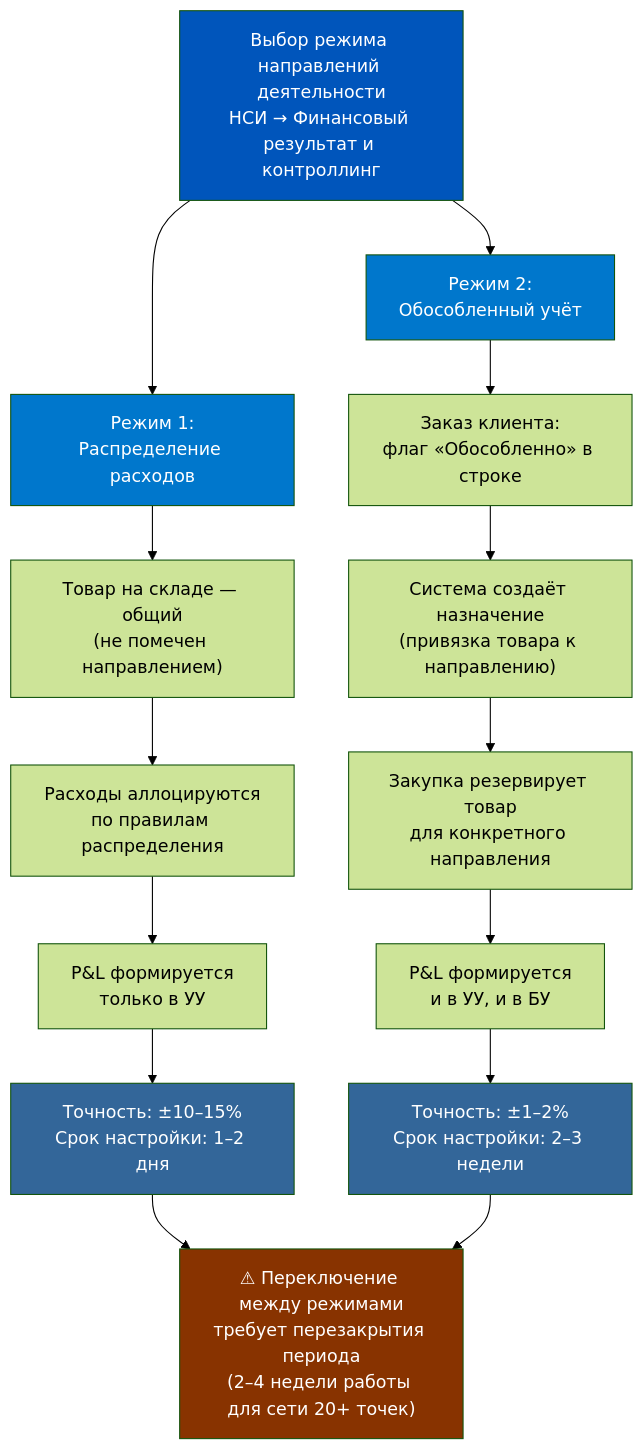
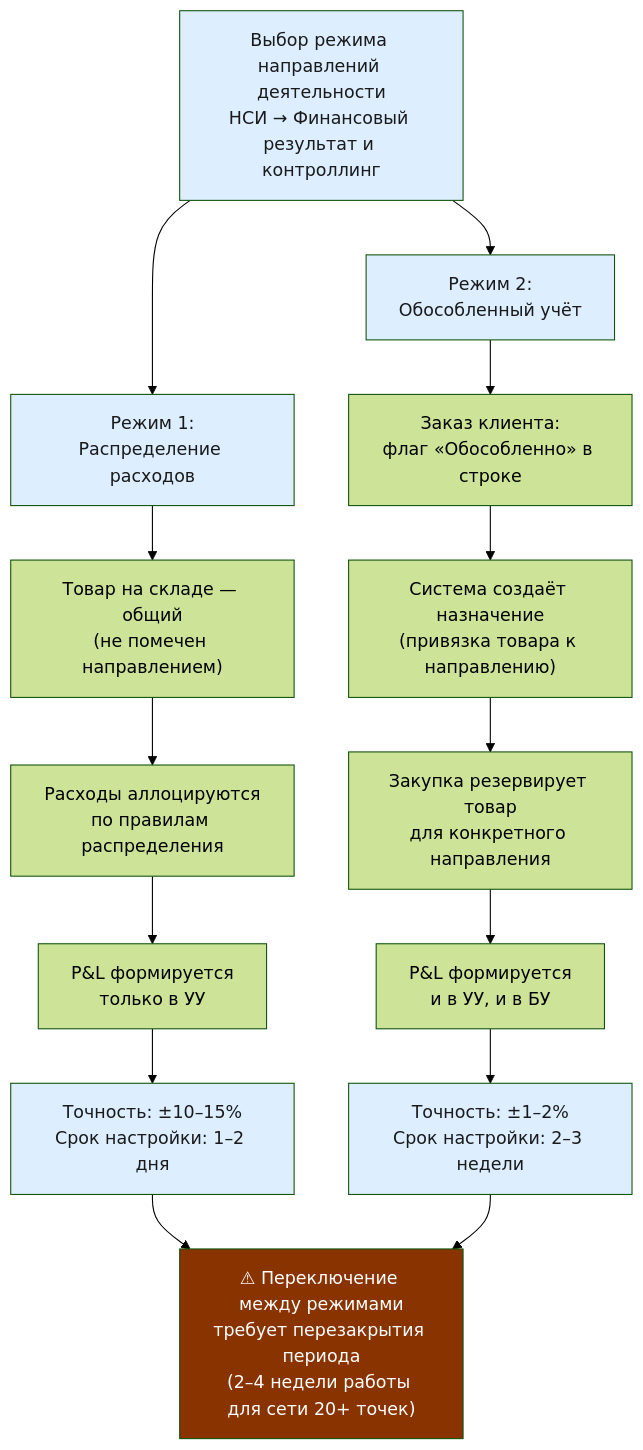
One commit to murad1986/1c-erp-quartz changed the second of 5 diagrams in content/1c-erp/week_1/Неделя 1 - День 2 - Архитектура предприятия.md. Above: the diagram before and after it, drawn with Mermaid (forest theme). The commit also changed other lines of this file and 57 other files, not shown here.

First line of the commit message:
fix: Mermaid — пастельные цвета в источниках диаграмм (56 файлов)

````diff
--- a/content/1c-erp/week_1/Неделя 1 - День 2 - Архитектура предприятия.md
+++ b/content/1c-erp/week_1/Неделя 1 - День 2 - Архитектура предприятия.md
@@ -213,27 +213,27 @@
 ```mermaid
 flowchart TD
     START["Выбор режима направлений деятельности<br/>НСИ → Финансовый результат и контроллинг"]
     START --> M1["Режим 1:<br/>Распределение расходов"]
     START --> M2["Режим 2:<br/>Обособленный учёт"]
 
     M1 --> M1A["Товар на складе — общий<br/>(не помечен направлением)"]
     M1A --> M1B["Расходы аллоцируются<br/>по правилам распределения"]
     M1B --> M1C["P&L формируется<br/>только в УУ"]
     M1C --> M1D["Точность: ±10–15%<br/>Срок настройки: 1–2 дня"]
 
     M2 --> M2A["Заказ клиента:<br/>флаг «Обособленно» в строке"]
     M2A --> M2B["Система создаёт назначение<br/>(привязка товара к направлению)"]
     M2B --> M2C["Закупка резервирует товар<br/>для конкретного направления"]
     M2C --> M2D["P&L формируется<br/>и в УУ, и в БУ"]
     M2D --> M2E["Точность: ±1–2%<br/>Срок настройки: 2–3 недели"]
 
     M1D --> WARN["⚠ Переключение между режимами<br/>требует перезакрытия периода<br/>(2–4 недели работы для сети 20+ точек)"]
     M2E --> WARN
 
-    style START fill:#0055BB,color:#fff
-    style M1 fill:#0077CC,color:#fff
-    style M2 fill:#0077CC,color:#fff
-    style M1D fill:#336699,color:#fff
-    style M2E fill:#336699,color:#fff
+    style START fill:#dceeff,color:#1a1a1a
+    style M1 fill:#dceeff,color:#1a1a1a
+    style M2 fill:#dceeff,color:#1a1a1a
+    style M1D fill:#dceeff,color:#1a1a1a
+    style M2E fill:#dceeff,color:#1a1a1a
     style WARN fill:#883300,color:#fff
 ```
````
